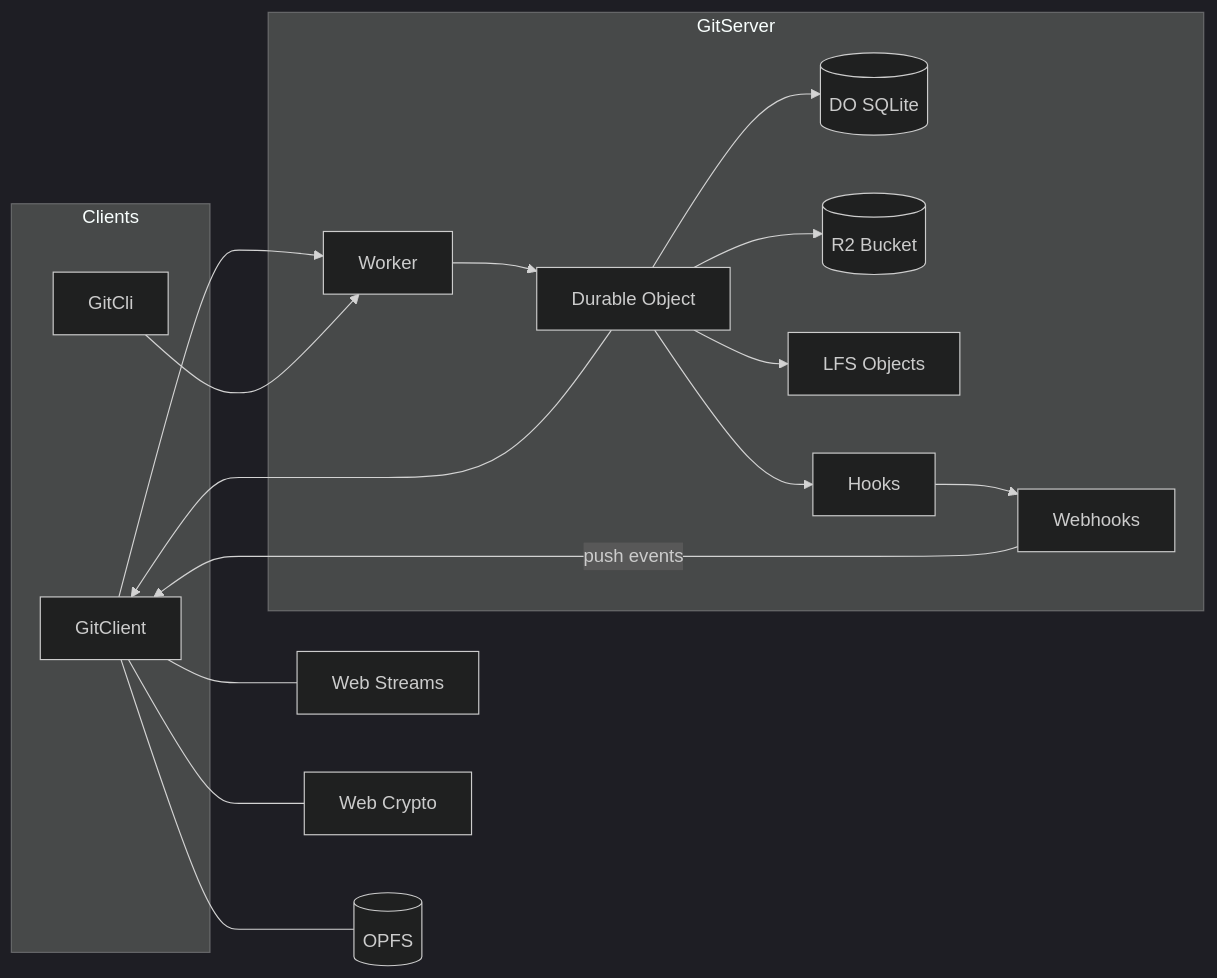
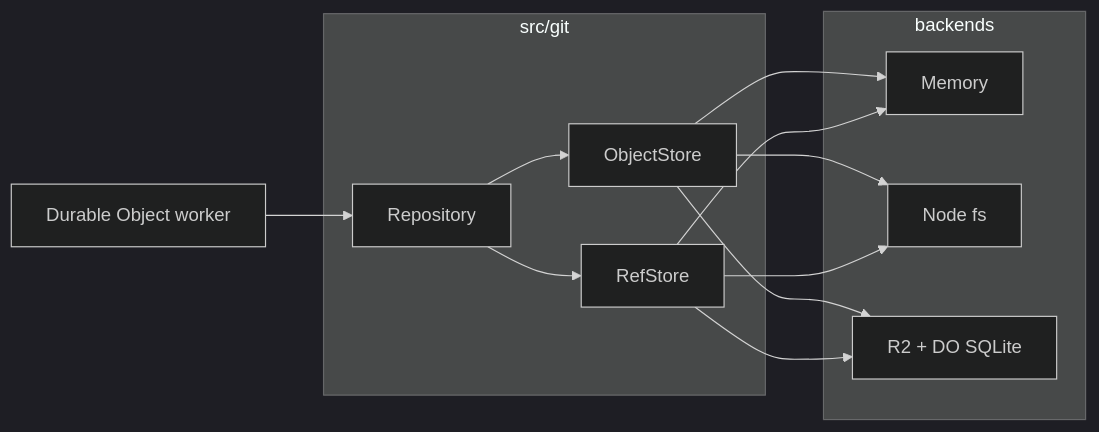
The diagram in readme.md (chr33s/git), drawn with Mermaid (dark theme) before and after one commit. The commit also changed other lines of this file and 25 other files, not shown here.

````diff
--- a/readme.md
+++ b/readme.md
@@ -16,36 +24,24 @@
 ```mermaid
 flowchart LR
-	subgraph Clients
-		GC[GitClient]
-		CLI[GitCli]
+	subgraph domain["src/git"]
+		R[Repository]
+		OS[ObjectStore]
+		RS[RefStore]
 	end
 
-	subgraph GitServer
-		W[Worker]
-		S[Durable Object]
-		DB[(DO SQLite)]
-		R2[(R2 Bucket)]
-		LFS[LFS Objects]
-		HK[Hooks]
-		WH[Webhooks]
+	subgraph backends
+		M[Memory]
+		N[Node fs]
+		CF[R2 + DO SQLite]
 	end
 
-	GC --> W
-	CLI --> W
-	W --> S
-	S --> GC
-	S --> DB
-	S --> R2
-	S --> LFS
-	S --> HK
-	HK --> WH
-	WH -->|push events| GC
-
-	%% Browser Web APIs used by GitClient
-	Streams[Web Streams]
-	Crypto[Web Crypto]
-	OPFS[(OPFS)]
-	GC --- Streams
-	GC --- Crypto
-	GC --- OPFS
+	DO[Durable Object worker] --> R
+	R --> OS
+	R --> RS
+	OS --> M
+	OS --> N
+	OS --> CF
+	RS --> M
+	RS --> N
+	RS --> CF
 ```
````
